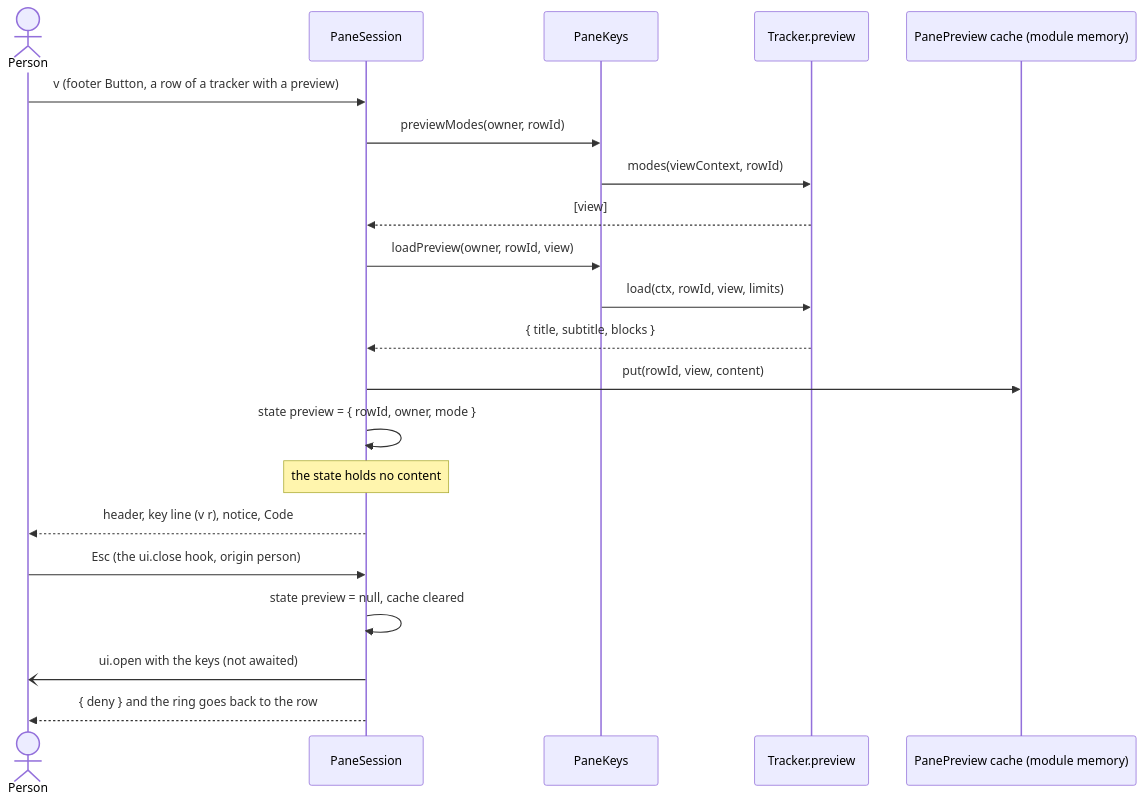
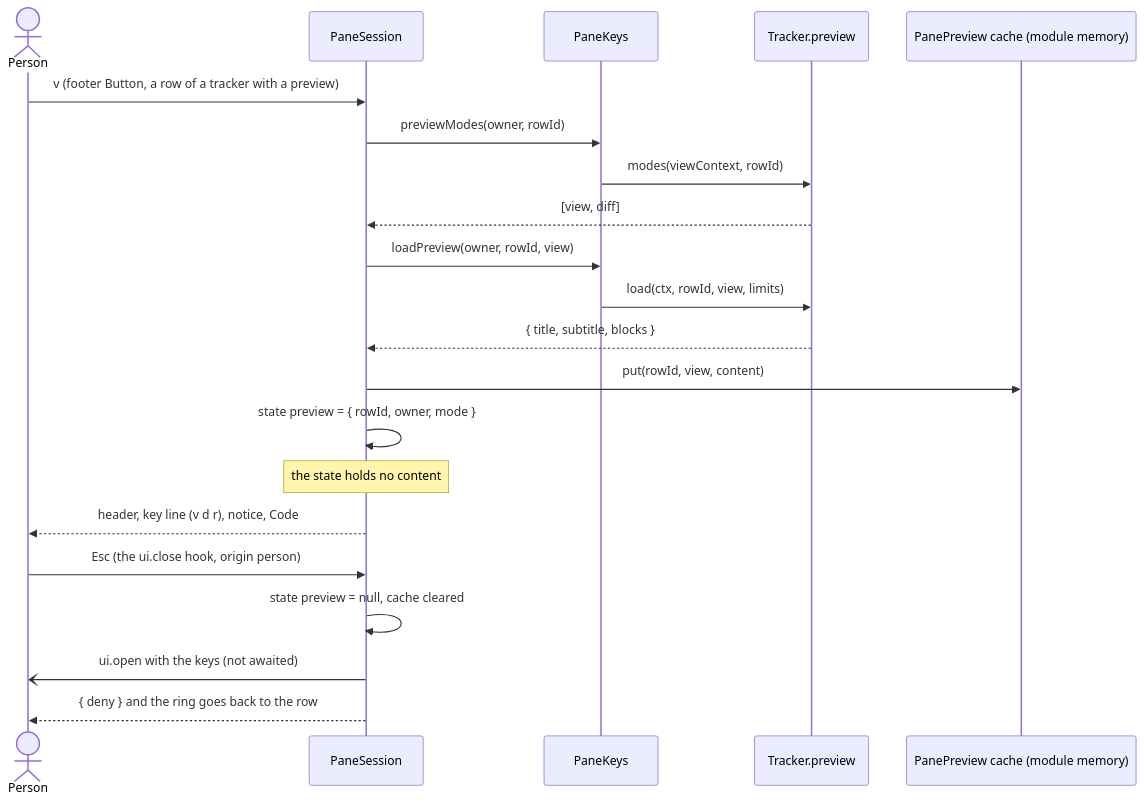
The first of 4 diagrams in docs/knowledge-base/claude-code-mod-architecture/tree-table.md (martin-macak/claude-code-mod-tracking), drawn with Mermaid before and after one commit. The commit also changed other lines of this file and 44 other files, not shown here.

````diff
--- a/docs/knowledge-base/claude-code-mod-architecture/tree-table.md
+++ b/docs/knowledge-base/claude-code-mod-architecture/tree-table.md
@@ -647,23 +647,23 @@
 ```mermaid
 sequenceDiagram
     actor P as Person
     participant S as PaneSession
     participant K as PaneKeys
     participant T as Tracker.preview
     participant C as PanePreview cache (module memory)
     P->>S: v (footer Button, a row of a tracker with a preview)
     S->>K: previewModes(owner, rowId)
     K->>T: modes(viewContext, rowId)
-    T-->>S: [view]
+    T-->>S: [view, diff]
     S->>K: loadPreview(owner, rowId, view)
     K->>T: load(ctx, rowId, view, limits)
     T-->>S: { title, subtitle, blocks }
     S->>C: put(rowId, view, content)
     S->>S: state preview = { rowId, owner, mode }
     Note over S: the state holds no content
-    S-->>P: header, key line (v r), notice, Code
+    S-->>P: header, key line (v d r), notice, Code
     P->>S: Esc (the ui.close hook, origin person)
     S->>S: state preview = null, cache cleared
     S-)P: ui.open with the keys (not awaited)
     S-->>P: { deny } and the ring goes back to the row
 ```
````
